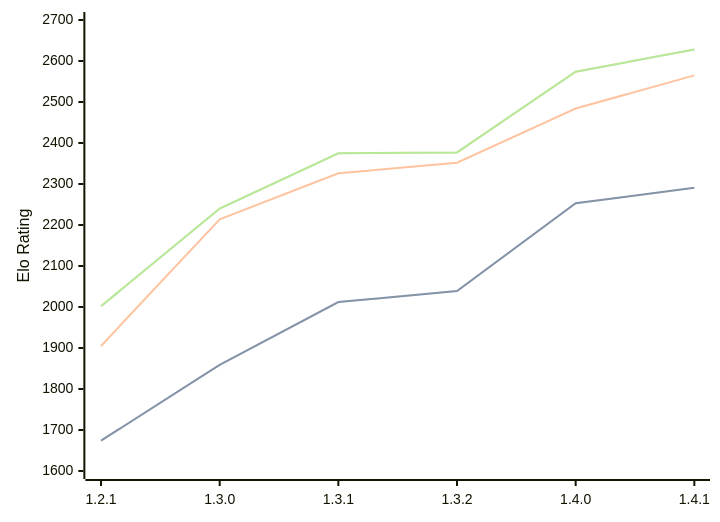
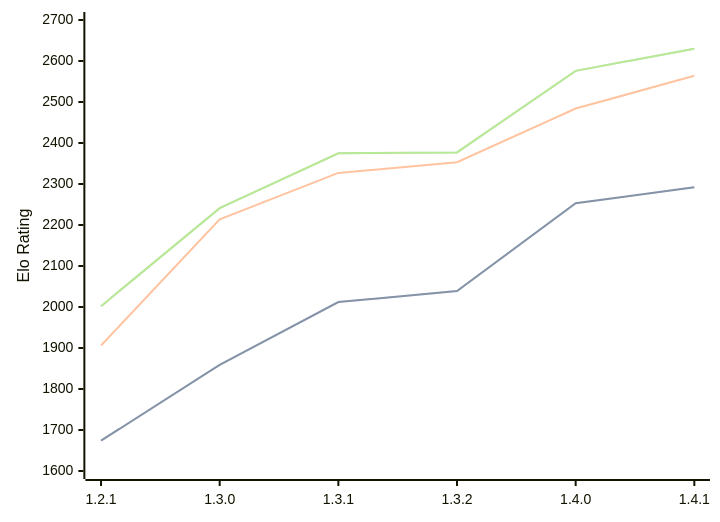
One commit to computer-chess-index/cci changed the first of 3 diagrams in engines/Chal.md. Above: the diagram before and after it, drawn with Mermaid. The commit also changed other lines of this file, not shown here.

Commit message:
Update CCI Ratings (ELO VLTC) - 2026-06-24

````diff
--- a/engines/Chal.md
+++ b/engines/Chal.md
@@ -39,11 +39,11 @@
 ```mermaid
 %%{init: {"theme":"base","themeVariables":{"seriesColors:['#a3a3a3','#222221','#faa371']}}}%%
 xychart-beta
   x-axis ["1.2.1", "1.3.0", "1.3.1", "1.3.2", "1.4.0", "1.4.1"]
   y-axis "Elo Rating" 1600 --> 2700
-  line "STC (8.0+0.08s)" [1674, 1859, 2012, 2039, 2253, 2291]
-  line "STC (8.0+0.08s)" [1674, 1859, 2012, 2039, 2253, 2291]
-  line "LTC (60.0+0.60s)" [1905, 2214, 2326, 2352, 2484, 2565]
-  line "VLTC (2m24s+1.12s)" [2002, 2240, 2375, 2377, 2574, 2628]
-  line "VLTC (2m24s+1.12s)" [2002, 2240, 2375, 2377, 2574, 2628]
+  line "STC (8.0+0.08s)" [1674, 1859, 2012, 2039, 2253, 2292]
+  line "STC (8.0+0.08s)" [1674, 1859, 2012, 2039, 2253, 2292]
+  line "LTC (60.0+0.60s)" [1906, 2214, 2327, 2353, 2484, 2564]
+  line "VLTC (2m24s+1.12s)" [2002, 2241, 2375, 2377, 2576, 2630]
+  line "VLTC (2m24s+1.12s)" [2002, 2241, 2375, 2377, 2576, 2630]
 ```
````
